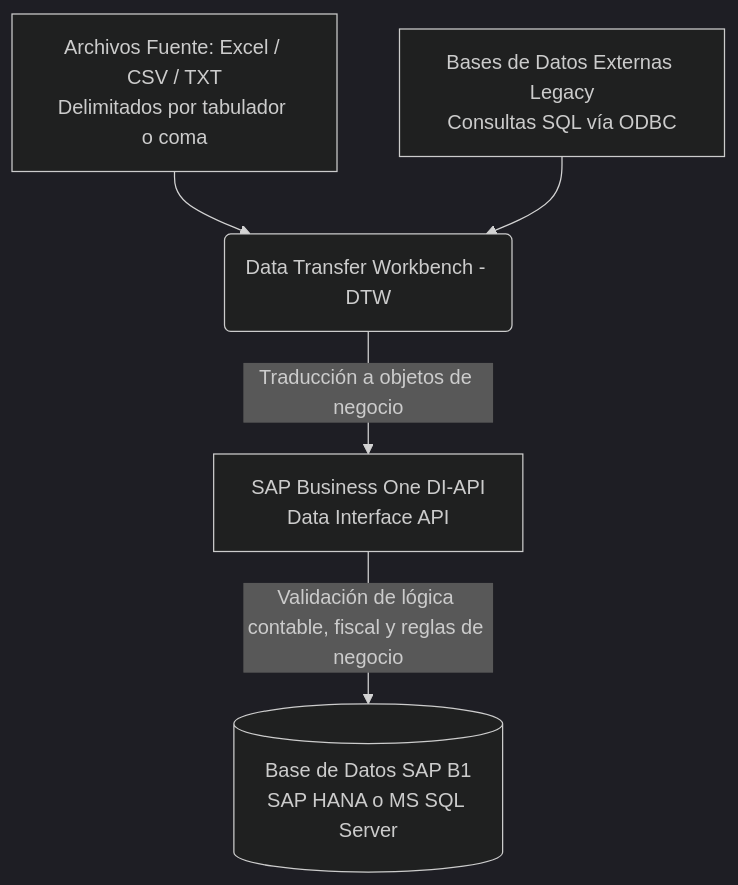
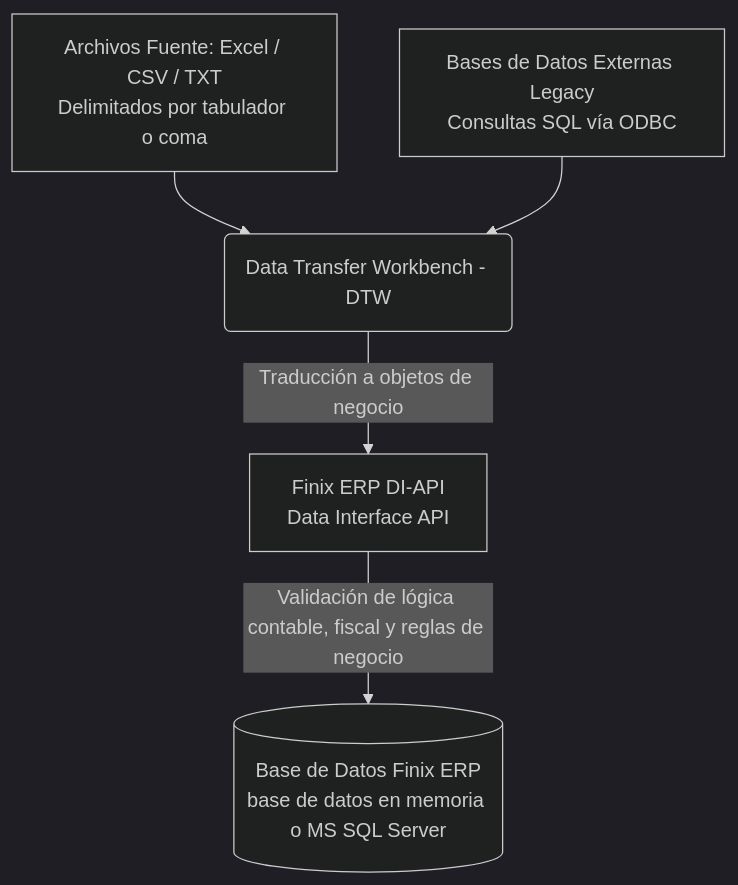
The first of 9 diagrams in public/modulos/Modulo_08.md (pablofgarciaf/B1-ACADEMY), drawn with Mermaid (dark theme) before and after one commit. The commit also changed other lines of this file and 4125 other files, not shown here.

````diff
--- a/public/modulos/Modulo_08.md
+++ b/public/modulos/Modulo_08.md
@@ -43,7 +43,7 @@
 ```mermaid
 graph TD
     A[Archivos Fuente: Excel / CSV / TXT<br/>Delimitados por tabulador o coma] --> C(Data Transfer Workbench - DTW)
     B[Bases de Datos Externas Legacy<br/>Consultas SQL vía ODBC] --> C
-    C -->|Traducción a objetos de negocio| D[SAP Business One DI-API<br/>Data Interface API]
-    D -->|Validación de lógica contable, fiscal y reglas de negocio| E[(Base de Datos SAP B1<br/>SAP HANA o MS SQL Server)]
+    C -->|Traducción a objetos de negocio| D[Finix ERP DI-API<br/>Data Interface API]
+    D -->|Validación de lógica contable, fiscal y reglas de negocio| E[(Base de Datos Finix ERP<br/>base de datos en memoria o MS SQL Server)]
 ```
````
